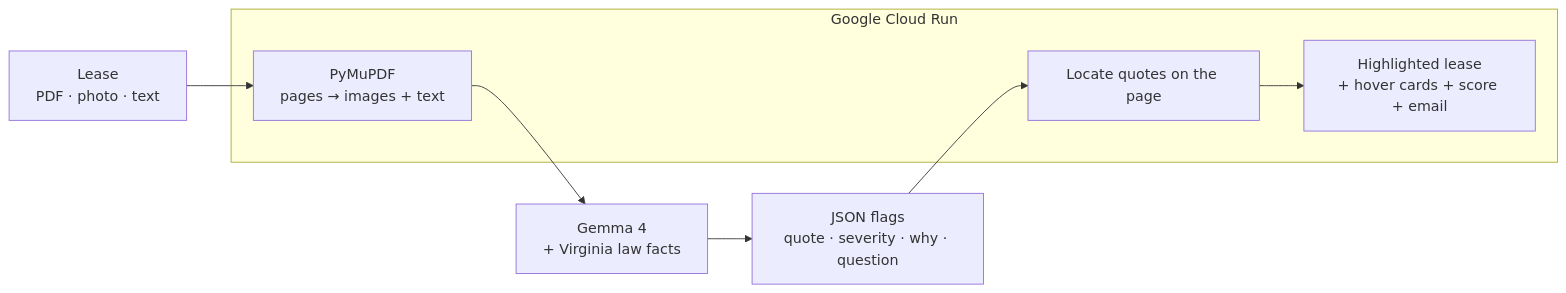
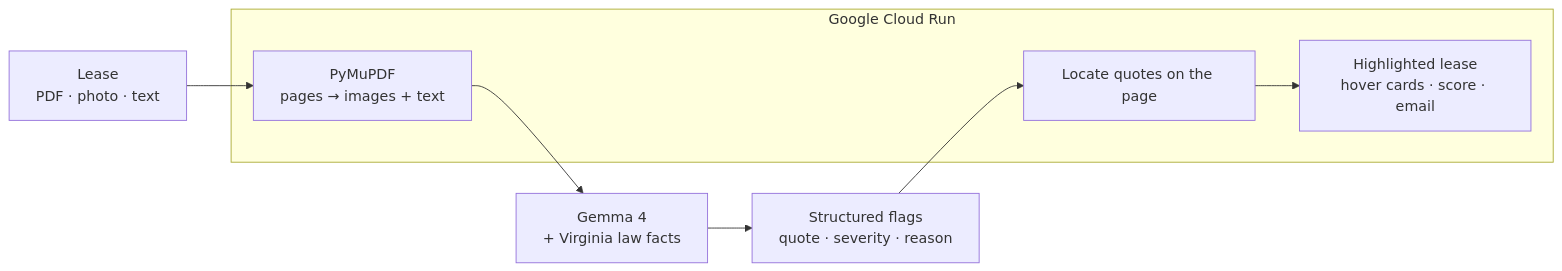
The diagram in README.md (shreyapbodanki/lease-red-flag-checker), drawn with Mermaid before and after one commit. The commit also changed other lines of this file and 1 other file, not shown here.

````diff
--- a/README.md
+++ b/README.md
@@ -34,13 +64,13 @@
 ```mermaid
 flowchart LR
     A[Lease<br/>PDF · photo · text] --> B[PyMuPDF<br/>pages → images + text]
     B --> C[Gemma 4<br/>+ Virginia law facts]
-    C --> D[JSON flags<br/>quote · severity · why · question]
+    C --> D[Structured flags<br/>quote · severity · reason]
     D --> E[Locate quotes on the page]
-    E --> F[Highlighted lease<br/>+ hover cards + score + email]
+    E --> F[Highlighted lease<br/>hover cards · score · email]
     subgraph Google Cloud Run
       B
       E
       F
     end
 ```
````
